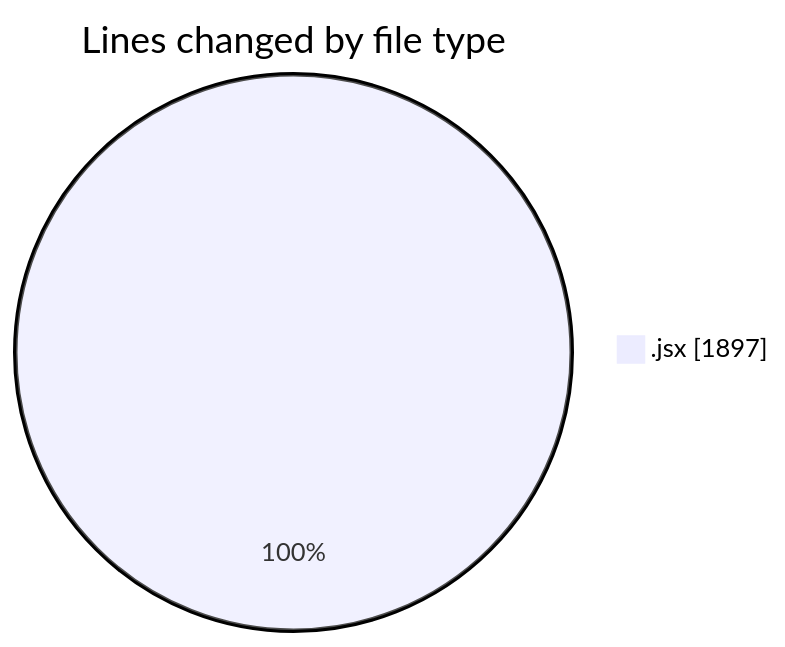
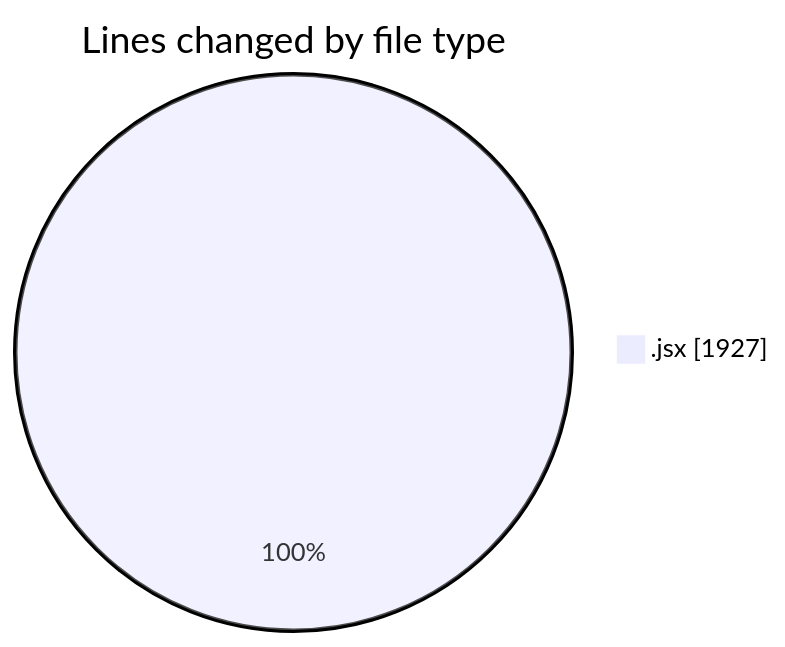
One commit to nxtqubesakshisongat/code-tracking changed the first of 2 diagrams in 2025-05-26/nxtqube_webapp/README.md. Above: the diagram before and after it, drawn with Mermaid. The commit also changed other lines of this file and 1 other file, not shown here.

````diff
--- a/2025-05-26/nxtqube_webapp/README.md
+++ b/2025-05-26/nxtqube_webapp/README.md
@@ -20,5 +20,5 @@
 ```mermaid
 pie showData
 title Lines changed by file type
-".jsx" : 1897
+".jsx" : 1927
 ```
````
